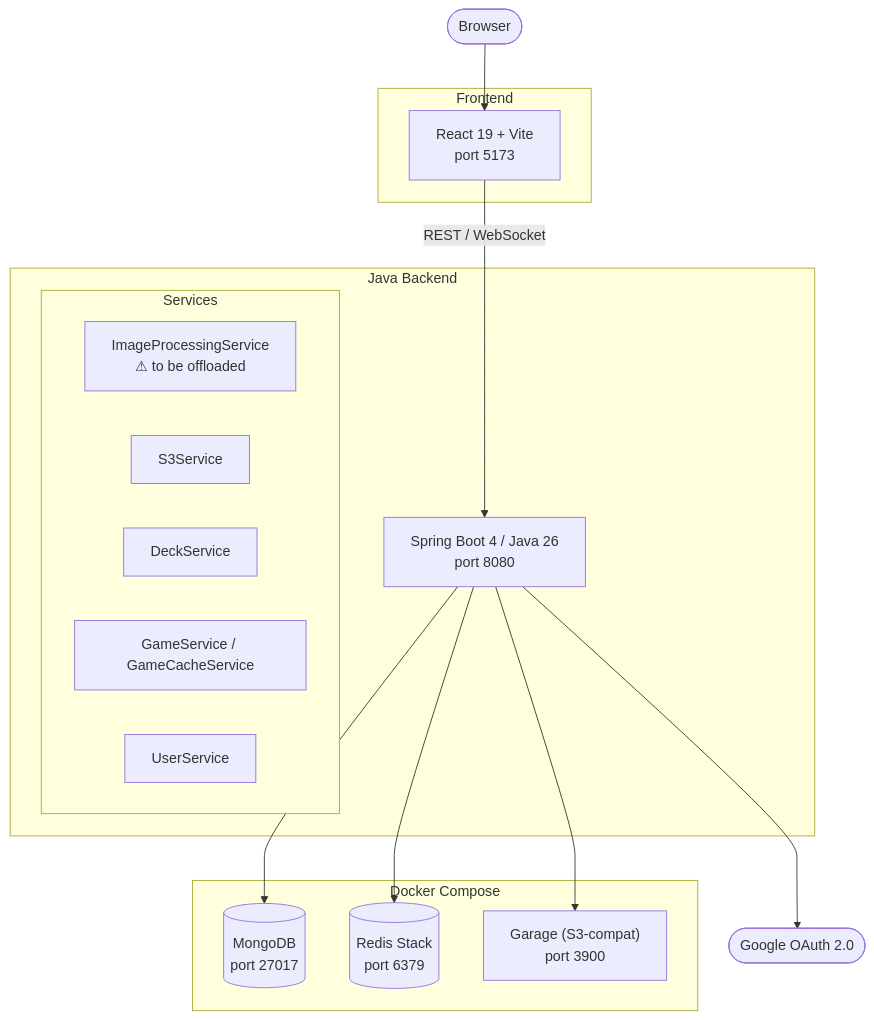
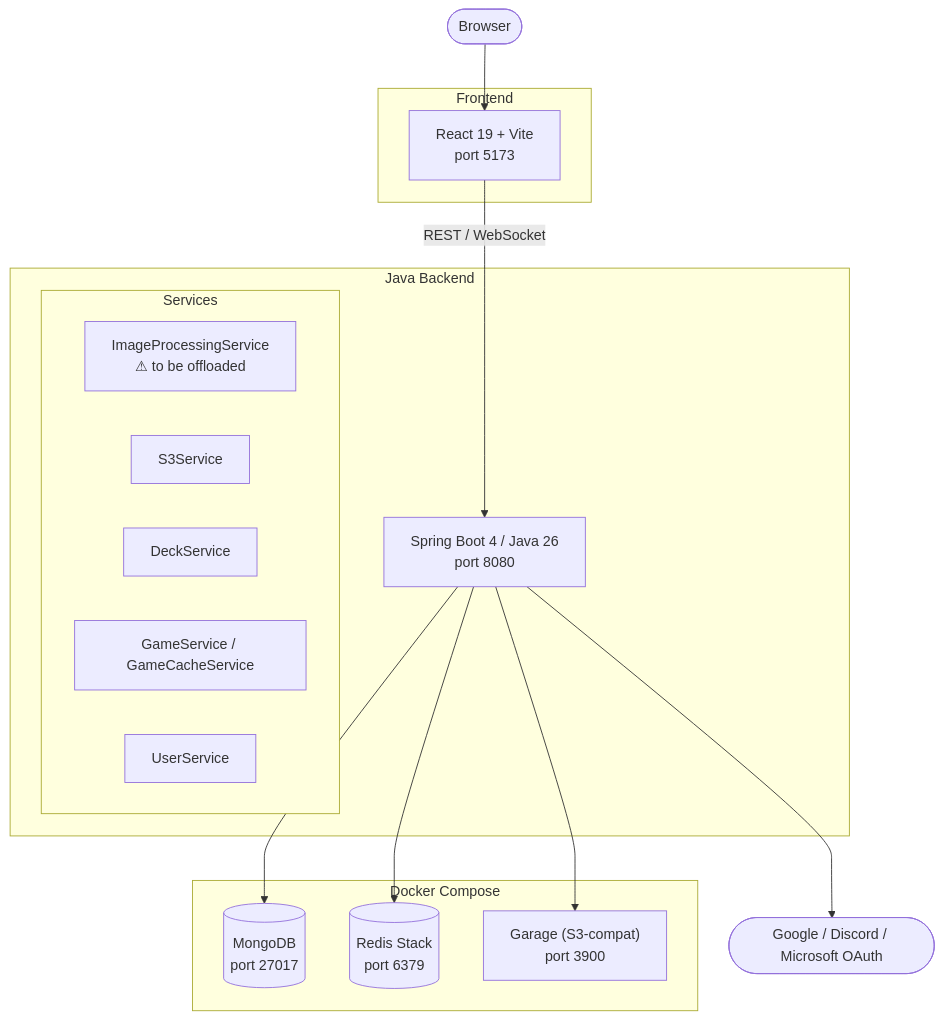
One commit to Saganaut/ambi changed the first of 3 diagrams in z-docs/infrastructure/infrastructure.md. Above: the diagram before and after it, drawn with Mermaid. The commit also changed other lines of this file and 18 other files, not shown here.

First line of the commit message:
feat(auth): integrate Discord and Microsoft OAuth providers

````diff
--- a/z-docs/infrastructure/infrastructure.md
+++ b/z-docs/infrastructure/infrastructure.md
@@ -9,34 +9,34 @@
 ```mermaid
 flowchart TB
     Browser(["Browser"])
 
     subgraph FE["Frontend"]
         Vite["React 19 + Vite\nport 5173"]
     end
 
     subgraph BE["Java Backend"]
         SpringBoot["Spring Boot 4 / Java 26\nport 8080"]
         subgraph Services["Services"]
             ImageSvc["ImageProcessingService\n⚠ to be offloaded"]
             S3Svc["S3Service"]
             ContentSvc["DeckService"]
             GameSvc["GameService / GameCacheService"]
             UserSvc["UserService"]
         end
     end
 
     subgraph Docker["Docker Compose"]
         MongoDB[("MongoDB\nport 27017")]
         Redis[("Redis Stack\nport 6379")]
         Garage["Garage (S3-compat)\nport 3900"]
     end
 
-    GoogleOAuth(["Google OAuth 2.0"])
+    GoogleOAuth(["Google / Discord / Microsoft OAuth"])
 
     Browser --> Vite
     Vite -- "REST / WebSocket" --> SpringBoot
     SpringBoot --> MongoDB
     SpringBoot --> Redis
     SpringBoot --> Garage
     SpringBoot --> GoogleOAuth
 ```
````
